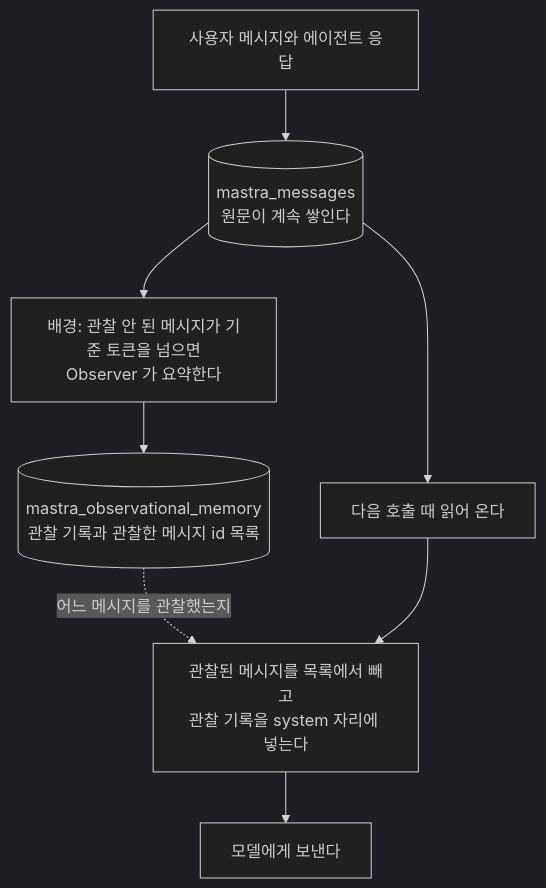
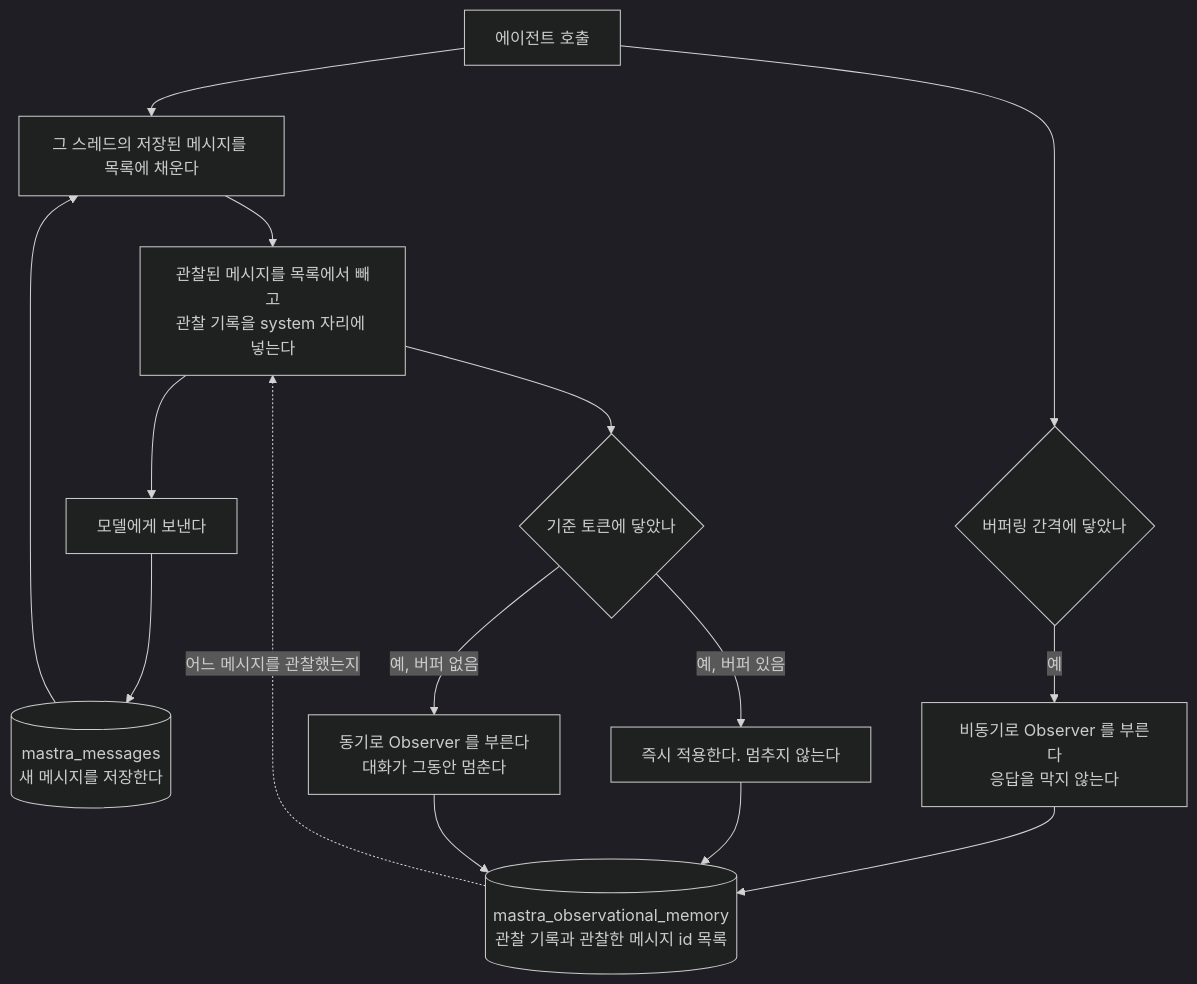
The fourth of 4 diagrams in docs/memory.md (hoyunjung-dwhale/mastra-playground), drawn with Mermaid (dark theme) before and after one commit. The commit also changed other lines of this file, not shown here.

First line of the commit message:
Memory 3-3 다이어그램 정정: 관찰이 같은 호출 안에서 갈라지는 것으로 수정

````diff
--- a/docs/memory.md
+++ b/docs/memory.md
@@ -597,10 +597,17 @@
 ```mermaid
 flowchart TB
-    A["사용자 메시지와 에이전트 응답"] --> B[("mastra_messages<br/>원문이 계속 쌓인다")]
-    B --> G["배경: 관찰 안 된 메시지가 기준 토큰을 넘으면<br/>Observer 가 요약한다"]
-    G --> H[("mastra_observational_memory<br/>관찰 기록과 관찰한 메시지 id 목록")]
-    B --> C["다음 호출 때 읽어 온다"]
-    H -. "어느 메시지를 관찰했는지" .-> D
+    A["에이전트 호출"] --> C["그 스레드의 저장된 메시지를 목록에 채운다"]
     C --> D["관찰된 메시지를 목록에서 빼고<br/>관찰 기록을 system 자리에 넣는다"]
     D --> E["모델에게 보낸다"]
+    E --> S[("mastra_messages<br/>새 메시지를 저장한다")]
+    S --> C
+    A --> P{"버퍼링 간격에 닿았나"}
+    P -- 예 --> G["비동기로 Observer 를 부른다<br/>응답을 막지 않는다"]
+    G --> H[("mastra_observational_memory<br/>관찰 기록과 관찰한 메시지 id 목록")]
+    H -. "어느 메시지를 관찰했는지" .-> D
+    D --> T{"기준 토큰에 닿았나"}
+    T -- "예, 버퍼 있음" --> I["즉시 적용한다. 멈추지 않는다"]
+    T -- "예, 버퍼 없음" --> J["동기로 Observer 를 부른다<br/>대화가 그동안 멈춘다"]
+    I --> H
+    J --> H
 ```
````
